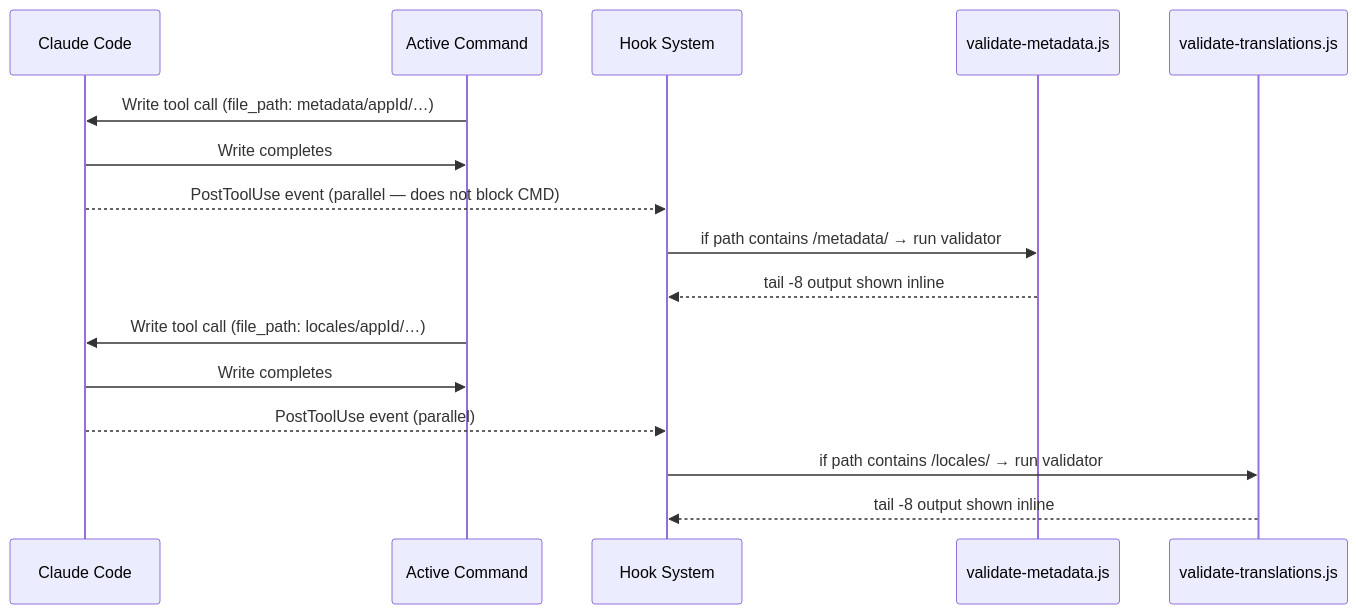
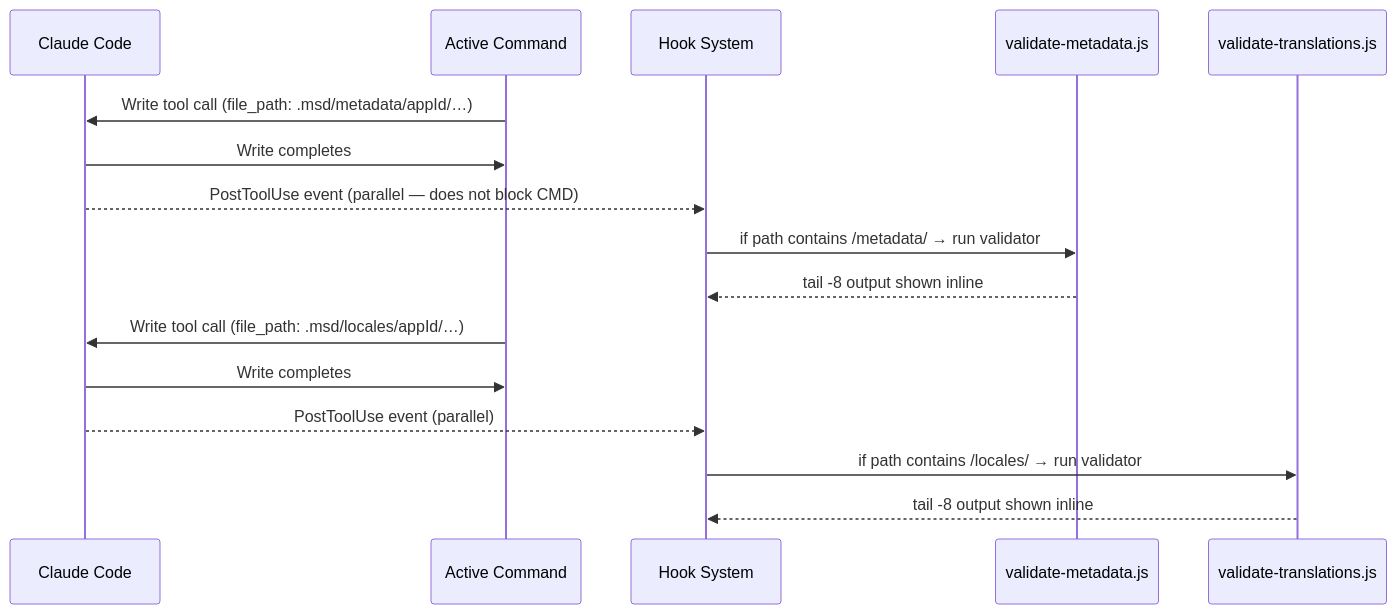
One commit to ofcskn/mobile-automation-plugin changed the fifth of 7 diagrams in docs/CONCURRENCY.md. Above: the diagram before and after it, drawn with Mermaid. The commit also changed other lines of this file and 75 other files, not shown here.

````diff
--- a/docs/CONCURRENCY.md
+++ b/docs/CONCURRENCY.md
@@ -192,20 +192,20 @@
 ```mermaid
 sequenceDiagram
     participant CC as Claude Code
     participant CMD as Active Command
     participant HK as Hook System
     participant V1 as validate-metadata.js
     participant V2 as validate-translations.js
 
-    CMD->>CC: Write tool call (file_path: metadata/appId/…)
+    CMD->>CC: Write tool call (file_path: .msd/metadata/appId/…)
     CC->>CMD: Write completes
     CC-->>HK: PostToolUse event (parallel — does not block CMD)
     HK->>V1: if path contains /metadata/ → run validator
     V1-->>HK: tail -8 output shown inline
 
-    CMD->>CC: Write tool call (file_path: locales/appId/…)
+    CMD->>CC: Write tool call (file_path: .msd/locales/appId/…)
     CC->>CMD: Write completes
     CC-->>HK: PostToolUse event (parallel)
     HK->>V2: if path contains /locales/ → run validator
     V2-->>HK: tail -8 output shown inline
 ```
````
